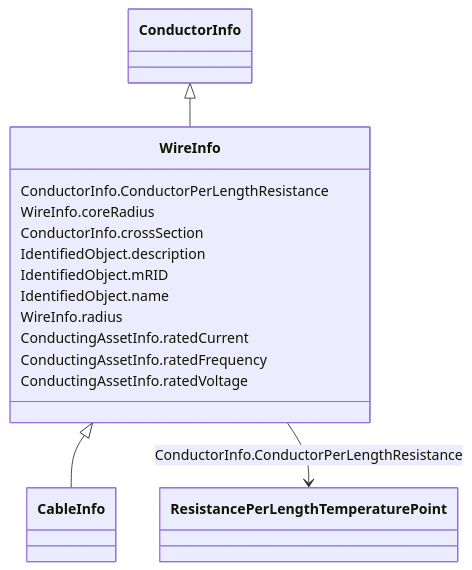
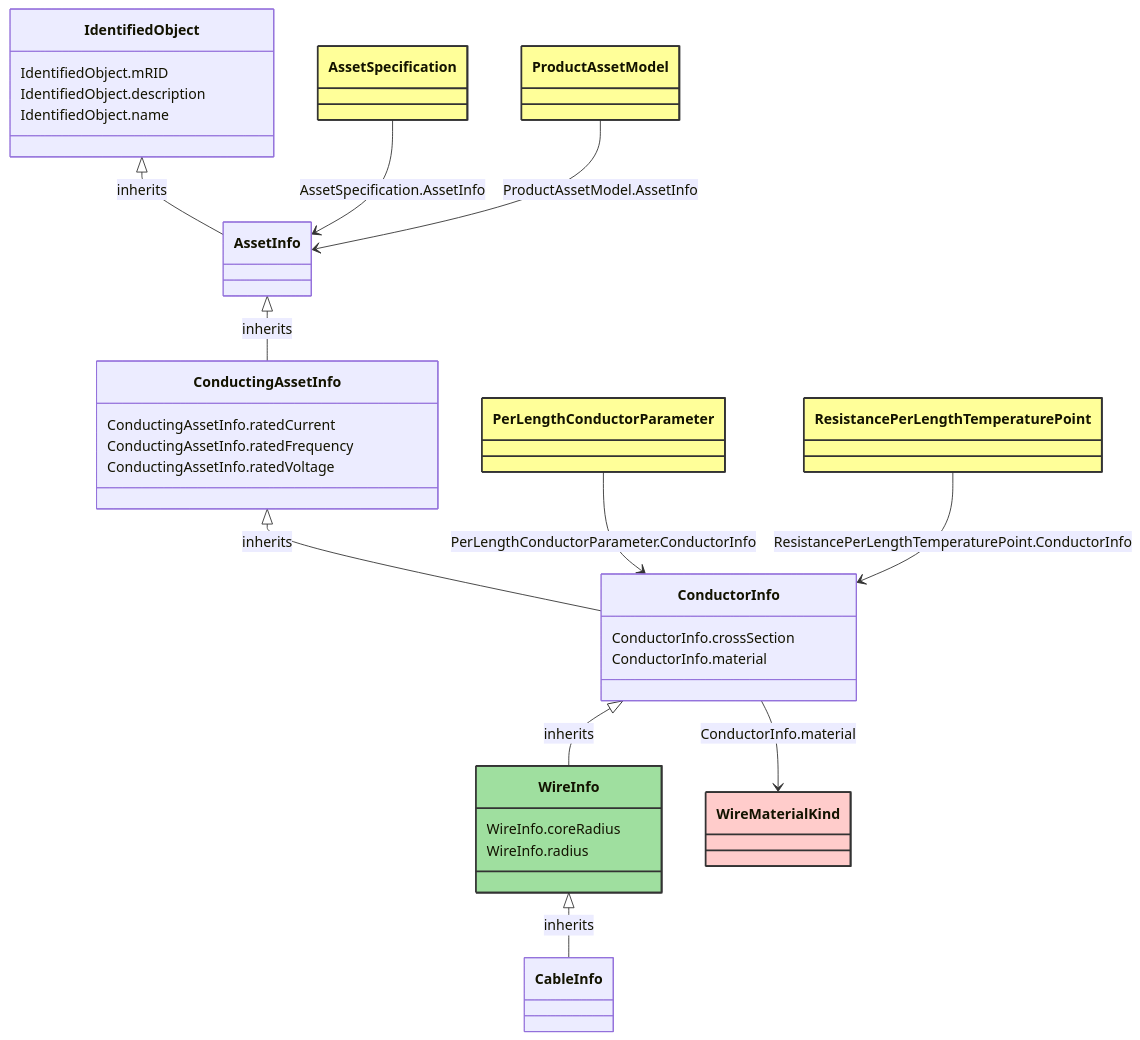
Before and after one commit to 3lbits/NoCIMExtensions: the diagram in docs/SubseaCableInfo/WireInfo.md, drawn with Mermaid. The commit also changed other lines of this file and 212 other files, not shown here.

````diff
--- a/docs/SubseaCableInfo/WireInfo.md
+++ b/docs/SubseaCableInfo/WireInfo.md
@@ -18,37 +10,72 @@
 ```mermaid
- classDiagram
+classDiagram
     class WireInfo
     click WireInfo href "../WireInfo"
-      ConductorInfo <|-- WireInfo
-        click ConductorInfo href "../ConductorInfo"
-      
+    style WireInfo fill:#9fdf9f,stroke:#333,stroke-width:2px,rx:10,ry:10
 
-      WireInfo <|-- CableInfo
-        click CableInfo href "../CableInfo"
-      
-      
-      WireInfo : ConductorInfo.ConductorPerLengthResistance
-        
-          WireInfo --> ResistancePerLengthTemperaturePoint : ConductorInfo.ConductorPerLengthResistance
-          click ResistancePerLengthTemperaturePoint href "../ResistancePerLengthTemperaturePoint"
-        
-      WireInfo : WireInfo.coreRadius
-        
-      WireInfo : ConductorInfo.crossSection
-        
-      WireInfo : IdentifiedObject.description
-        
-      WireInfo : IdentifiedObject.mRID
-        
-      WireInfo : IdentifiedObject.name
-        
-      WireInfo : WireInfo.radius
-        
-      WireInfo : ConductingAssetInfo.ratedCurrent
-        
-      WireInfo : ConductingAssetInfo.ratedFrequency
-        
-      WireInfo : ConductingAssetInfo.ratedVoltage
-        
-      
+        WireInfo <|-- CableInfo : inherits
+            click WireInfo href "../WireInfo"
+            style WireInfo rx:10,ry:10
+
+        CableInfo
+            click CableInfo href "../CableInfo"
+            style CableInfo rx:10,ry:10
+
+        ConductorInfo <|-- WireInfo : inherits
+            click ConductorInfo href "../ConductorInfo"
+            style ConductorInfo rx:10,ry:10
+
+        ConductingAssetInfo <|-- ConductorInfo : inherits
+            click ConductingAssetInfo href "../ConductingAssetInfo"
+            style ConductingAssetInfo rx:10,ry:10
+
+        AssetInfo <|-- ConductingAssetInfo : inherits
+            click AssetInfo href "../AssetInfo"
+            style AssetInfo rx:10,ry:10
+
+        IdentifiedObject <|-- AssetInfo : inherits
+            click IdentifiedObject href "../IdentifiedObject"
+            style IdentifiedObject rx:10,ry:10
+
+
+        AssetSpecification --> AssetInfo : AssetSpecification.AssetInfo
+
+        AssetSpecification
+            click AssetSpecification href "../AssetSpecification"
+            style AssetSpecification fill:#ffff99,stroke:#333,stroke-width:2px,rx:10,ry:10
+
+        PerLengthConductorParameter --> ConductorInfo : PerLengthConductorParameter.ConductorInfo
+
+        PerLengthConductorParameter
+            click PerLengthConductorParameter href "../PerLengthConductorParameter"
+            style PerLengthConductorParameter fill:#ffff99,stroke:#333,stroke-width:2px,rx:10,ry:10
+
+        ProductAssetModel --> AssetInfo : ProductAssetModel.AssetInfo
+
+        ProductAssetModel
+            click ProductAssetModel href "../ProductAssetModel"
+            style ProductAssetModel fill:#ffff99,stroke:#333,stroke-width:2px,rx:10,ry:10
+
+        ResistancePerLengthTemperaturePoint --> ConductorInfo : ResistancePerLengthTemperaturePoint.ConductorInfo
+
+        ResistancePerLengthTemperaturePoint
+            click ResistancePerLengthTemperaturePoint href "../ResistancePerLengthTemperaturePoint"
+            style ResistancePerLengthTemperaturePoint fill:#ffff99,stroke:#333,stroke-width:2px,rx:10,ry:10
+
+        ConductorInfo --> WireMaterialKind : ConductorInfo.material
+
+        WireMaterialKind
+            click WireMaterialKind href "../WireMaterialKind"
+            style WireMaterialKind fill:#FFCCCB,stroke:#333,stroke-width:2px,rx:10,ry:10
+
+        WireInfo : WireInfo.coreRadius
+        WireInfo : WireInfo.radius
+        ConductorInfo : ConductorInfo.crossSection
+        ConductorInfo : ConductorInfo.material
+        ConductingAssetInfo : ConductingAssetInfo.ratedCurrent
+        ConductingAssetInfo : ConductingAssetInfo.ratedFrequency
+        ConductingAssetInfo : ConductingAssetInfo.ratedVoltage
+        IdentifiedObject : IdentifiedObject.mRID
+        IdentifiedObject : IdentifiedObject.description
+        IdentifiedObject : IdentifiedObject.name
 ```
````
